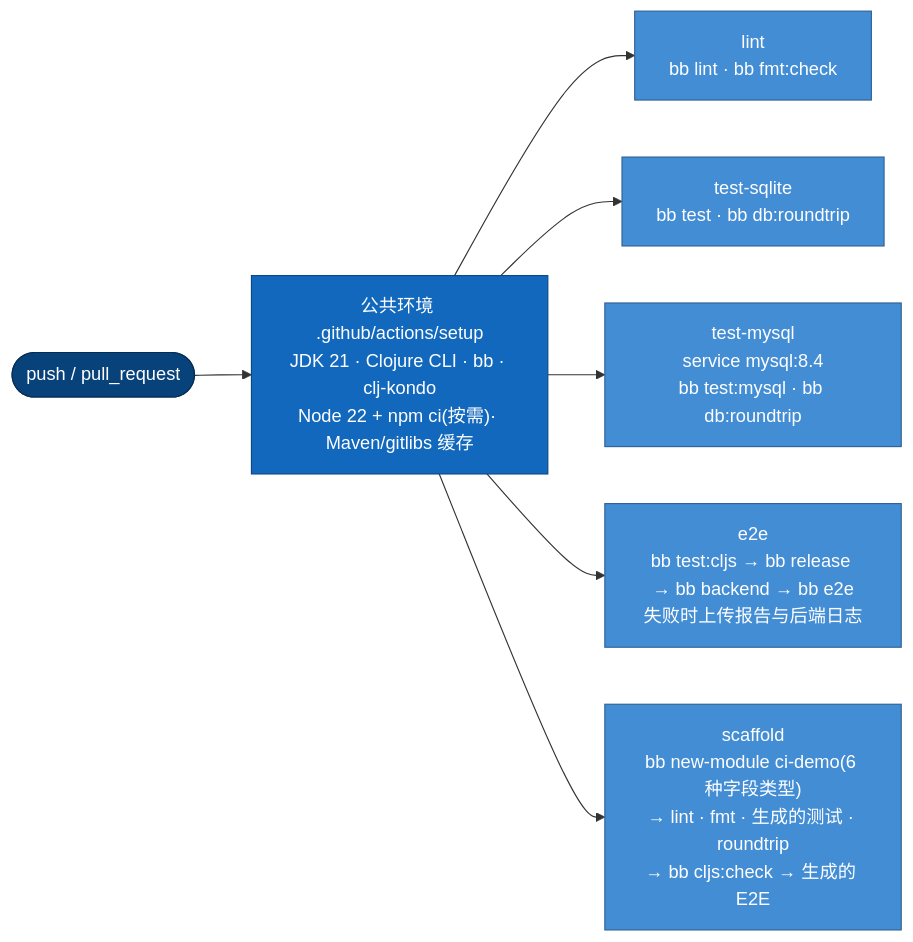
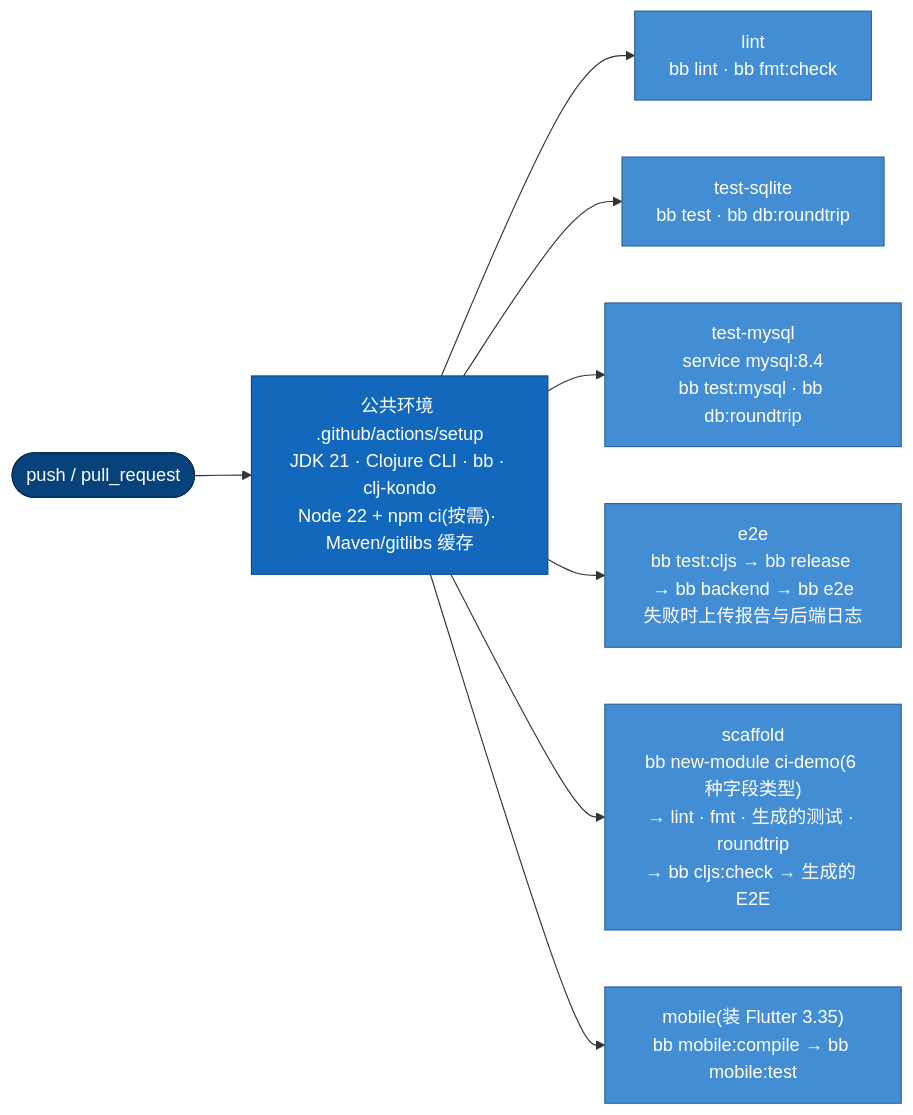
One commit to RedCreationTech/clj-cljs-template changed diagram 16 of 16 in docs/architecture/c4-model.org. Above: the diagram before and after it, drawn with Mermaid. The commit also changed other lines of this file and 14 other files, not shown here.

First line of the commit message:
docs(architecture): 设计文档补上移动端这一层,并清掉本文里 5 处过期助手

```diff
--- a/docs/architecture/c4-model.org
+++ b/docs/architecture/c4-model.org
@@ -918,12 +1111,13 @@
 #+begin_src mermaid :file img/ci-pipeline.svg :exports results
 flowchart LR
   ev(["push / pull_request"]):::person --> setup["公共环境 .github/actions/setup<br/>JDK 21 · Clojure CLI · bb · clj-kondo<br/>Node 22 + npm ci(按需)· Maven/gitlibs 缓存"]:::system
   setup --> lint["lint<br/>bb lint · bb fmt:check"]:::container
   setup --> sq["test-sqlite<br/>bb test · bb db:roundtrip"]:::container
   setup --> my["test-mysql<br/>service mysql:8.4<br/>bb test:mysql · bb db:roundtrip"]:::container
   setup --> e2e["e2e<br/>bb test:cljs → bb release → bb backend → bb e2e<br/>失败时上传报告与后端日志"]:::container
   setup --> sc["scaffold<br/>bb new-module ci-demo(6 种字段类型)<br/>→ lint · fmt · 生成的测试 · roundtrip<br/>→ bb cljs:check → 生成的 E2E"]:::container
+  setup --> mo["mobile(装 Flutter 3.35)<br/>bb mobile:compile → bb mobile:test"]:::container
   classDef person fill:#08427b,stroke:#052e56,color:#fff
   classDef system fill:#1168bd,stroke:#0b4884,color:#fff
   classDef container fill:#438dd5,stroke:#2e6295,color:#fff
 #+end_src
```
